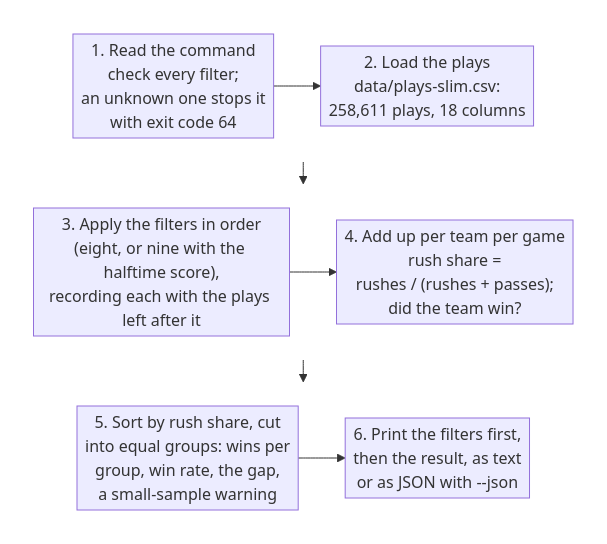
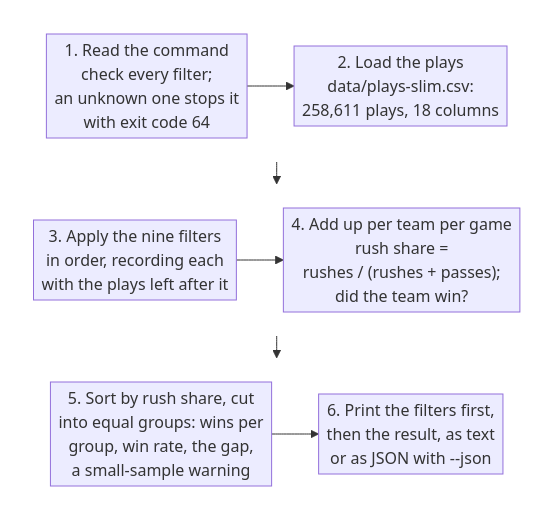
Before and after one commit to ismayc/monday-morning-agent: the second of 2 diagrams in README.md, drawn with Mermaid. The commit also changed other lines of this file and 7 other files, not shown here.

````diff
--- a/README.md
+++ b/README.md
@@ -60,26 +60,26 @@
 ```mermaid
 %%{init: {"flowchart": {"nodeSpacing": 28, "rankSpacing": 22, "padding": 4, "wrappingWidth": 240}}}%%
 flowchart TB
     subgraph r1 [" "]
         direction LR
         cmd["1. Read the command<br/>check every filter;<br/>an unknown one stops it<br/>with exit code 64"]
         load["2. Load the plays<br/>data/plays-slim.csv:<br/>258,611 plays, 18 columns"]
         cmd --> load
     end
     subgraph r2 [" "]
         direction LR
-        filt["3. Apply the filters in order<br/>(eight, or nine with the halftime score),<br/>recording each with the plays left after it"]
+        filt["3. Apply the nine filters<br/>in order, recording each<br/>with the plays left after it"]
         team["4. Add up per team per game<br/>rush share =<br/>rushes / (rushes + passes);<br/>did the team win?"]
         filt --> team
     end
     subgraph r3 [" "]
         direction LR
         grp["5. Sort by rush share, cut<br/>into equal groups: wins per<br/>group, win rate, the gap,<br/>a small-sample warning"]
         out["6. Print the filters first,<br/>then the result, as text<br/>or as JSON with --json"]
         grp --> out
     end
     r1 --> r2 --> r3
     style r1 fill:none,stroke:none
     style r2 fill:none,stroke:none
     style r3 fill:none,stroke:none
 ```
````
